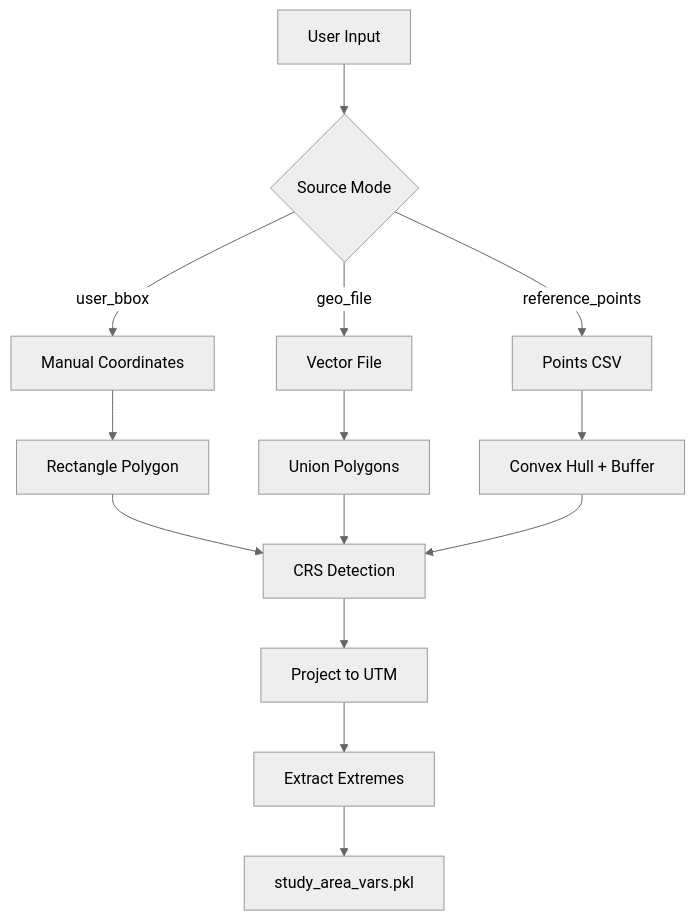
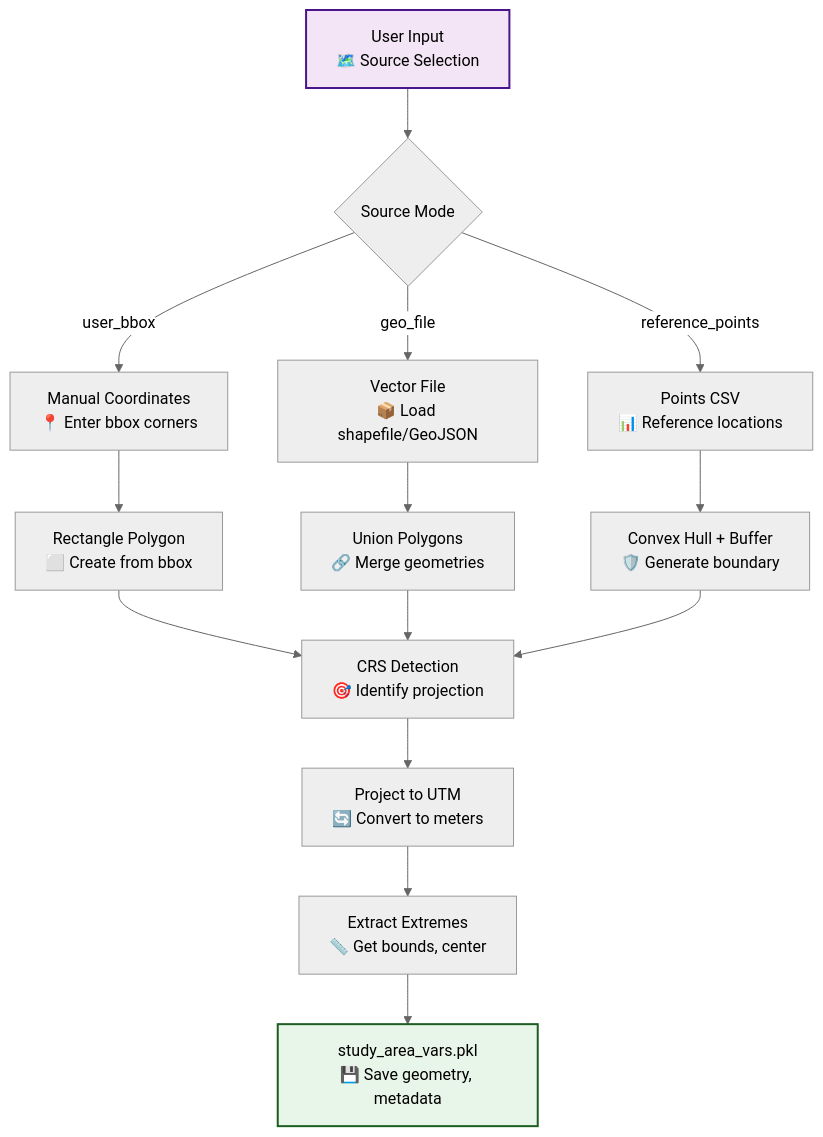
Before and after one commit to sasa-misia/P-SLIP: the diagram in docs/scripts/mains/m01a_study_area.md, drawn with Mermaid (neutral theme). The commit also changed 15 other files, not shown here.

Commit message:
docs: enhance documentation with detailed flowcharts and improve clarity in process descriptions

````diff
--- a/docs/scripts/mains/m01a_study_area.md
+++ b/docs/scripts/mains/m01a_study_area.md
@@ -218,16 +218,21 @@
 ```mermaid
 graph TD
-    A[User Input] --> B{Source Mode}
-    B -->|user_bbox| C[Manual Coordinates]
-    B -->|geo_file| D[Vector File]
-    B -->|reference_points| E[Points CSV]
-    C --> F[Rectangle Polygon]
-    D --> G[Union Polygons]
-    E --> H[Convex Hull + Buffer]
-    F --> I[CRS Detection]
+    %% Study Area Definition Flow
+    A["User Input<br/>🗺️ Source Selection"] --> B{Source Mode}
+    B -->|user_bbox| C["Manual Coordinates<br/>📍 Enter bbox corners"]
+    B -->|geo_file| D["Vector File<br/>📦 Load shapefile/GeoJSON"]
+    B -->|reference_points| E["Points CSV<br/>📊 Reference locations"]
+    C --> F["Rectangle Polygon<br/>⬜ Create from bbox"]
+    D --> G["Union Polygons<br/>🔗 Merge geometries"]
+    E --> H["Convex Hull + Buffer<br/>🛡️ Generate boundary"]
+    F --> I["CRS Detection<br/>🎯 Identify projection"]
     G --> I
     H --> I
-    I --> J[Project to UTM]
-    J --> K[Extract Extremes]
-    K --> L[study_area_vars.pkl]
+    I --> J["Project to UTM<br/>🔄 Convert to meters"]
+    J --> K["Extract Extremes<br/>📏 Get bounds, center"]
+    K --> L["study_area_vars.pkl<br/>💾 Save geometry, metadata"]
+    
+    %% Styling
+    style A fill:#f3e5f5,stroke:#4a148c,stroke-width:2px
+    style L fill:#e8f5e9,stroke:#1b5e20,stroke-width:2px
 ```
````
